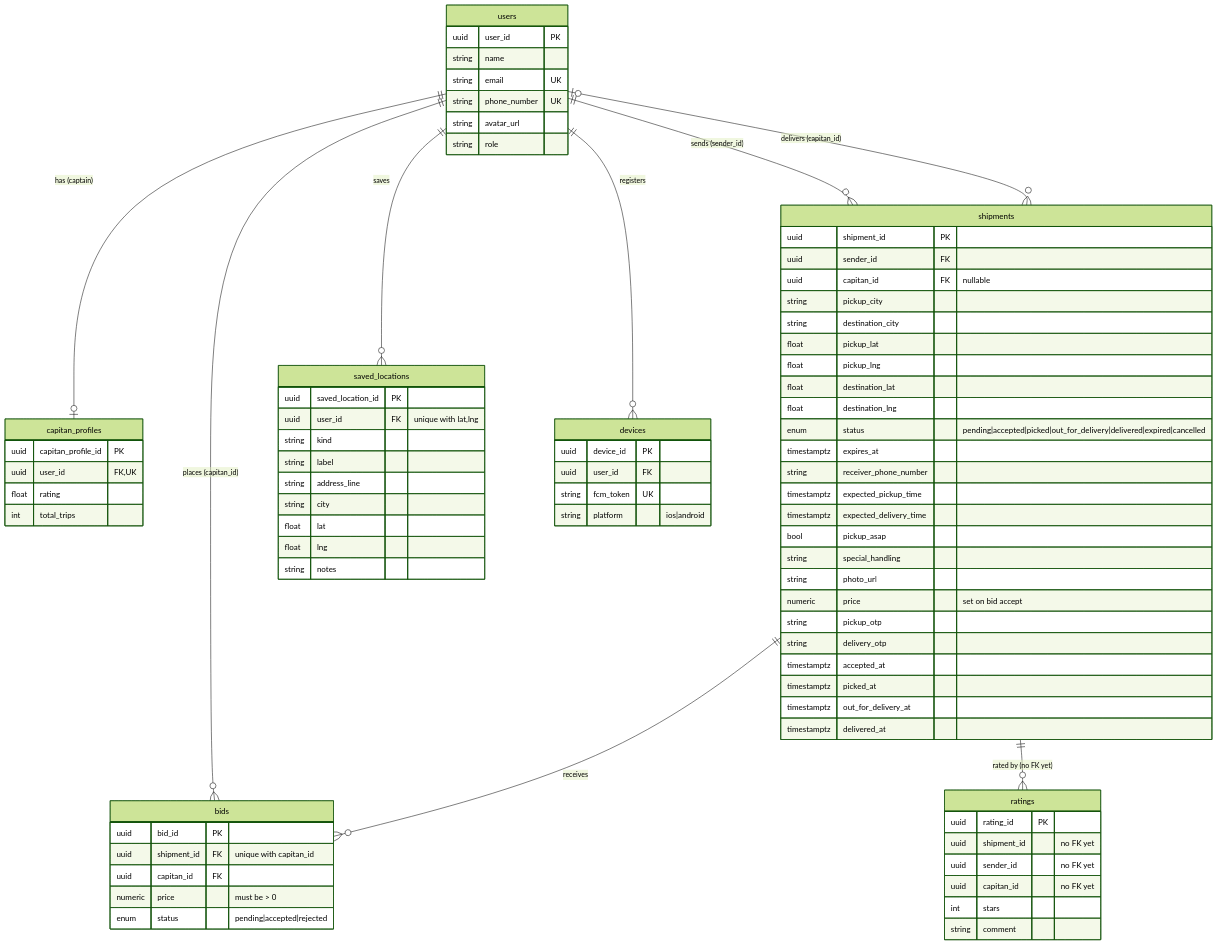
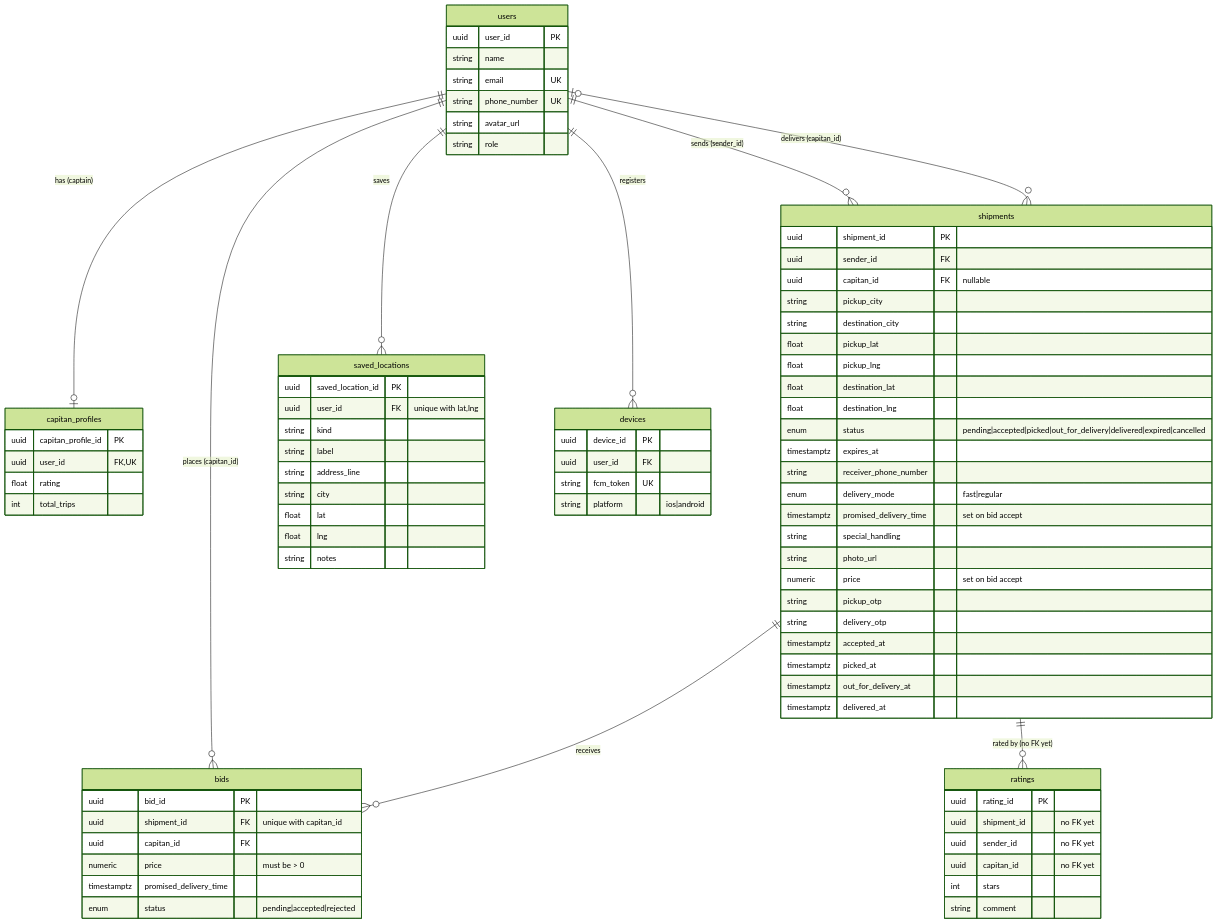
The diagram in README.md (YIOrainy/wasel-backend), drawn with Mermaid (forest theme) before and after one commit. The commit also changed 12 other files, not shown here.

Commit message:
feat: add new delivery mode mechanisims

```diff
--- a/README.md
+++ b/README.md
@@ -48,9 +48,8 @@
         enum status "pending|accepted|picked|out_for_delivery|delivered|expired|cancelled"
         timestamptz expires_at
         string receiver_phone_number
-        timestamptz expected_pickup_time
-        timestamptz expected_delivery_time
-        bool pickup_asap
+        enum delivery_mode "fast|regular"
+        timestamptz promised_delivery_time "set on bid accept"
         string special_handling
         string photo_url
         numeric price "set on bid accept"
@@ -67,6 +66,7 @@
         uuid shipment_id FK "unique with capitan_id"
         uuid capitan_id FK
         numeric price "must be > 0"
+        timestamptz promised_delivery_time
         enum status "pending|accepted|rejected"
     }
 
```
